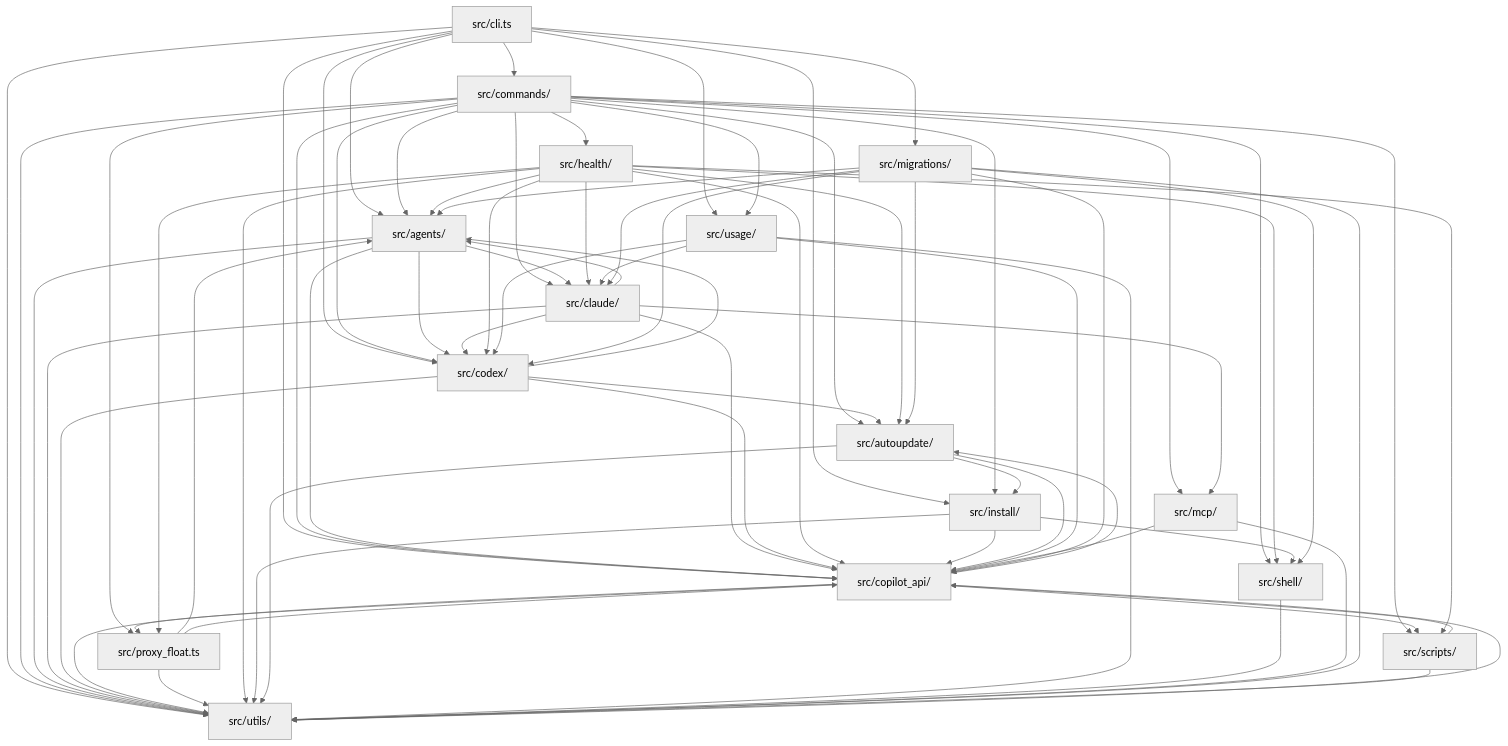
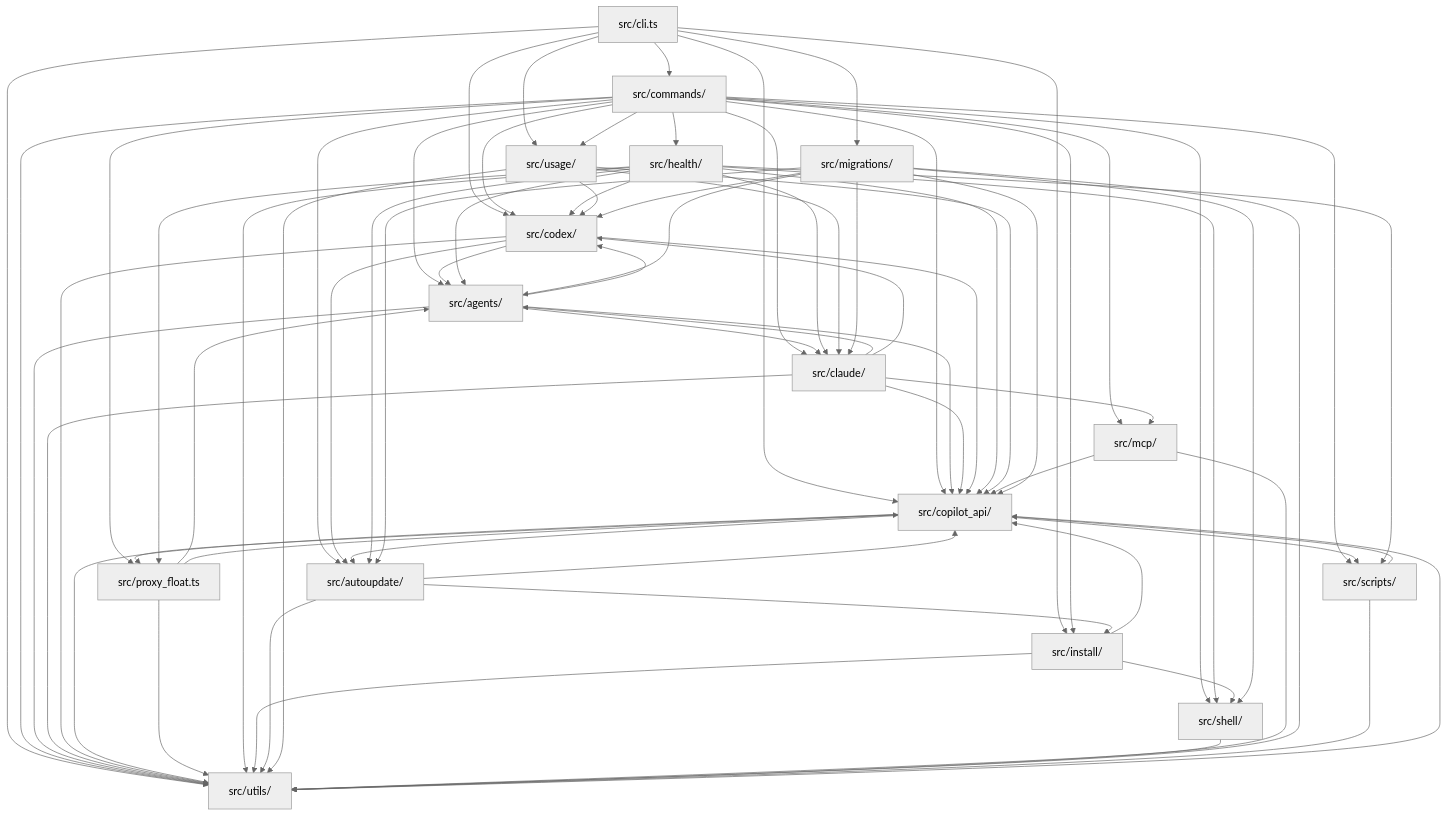
The eighth of 8 diagrams in docs/architecture.md (Vivswan/copilot-env), drawn with Mermaid (neutral theme) before and after one commit. The commit also changed other lines of this file and 98 other files, not shown here.

```diff
--- a/docs/architecture.md
+++ b/docs/architecture.md
@@ -313,7 +313,6 @@
   migrations["src/migrations/"]
   scripts["src/scripts/"]
   utils["src/utils/"]
-  cli --> agents
   cli --> codex
   cli --> commands
   cli --> copilot_api
```
